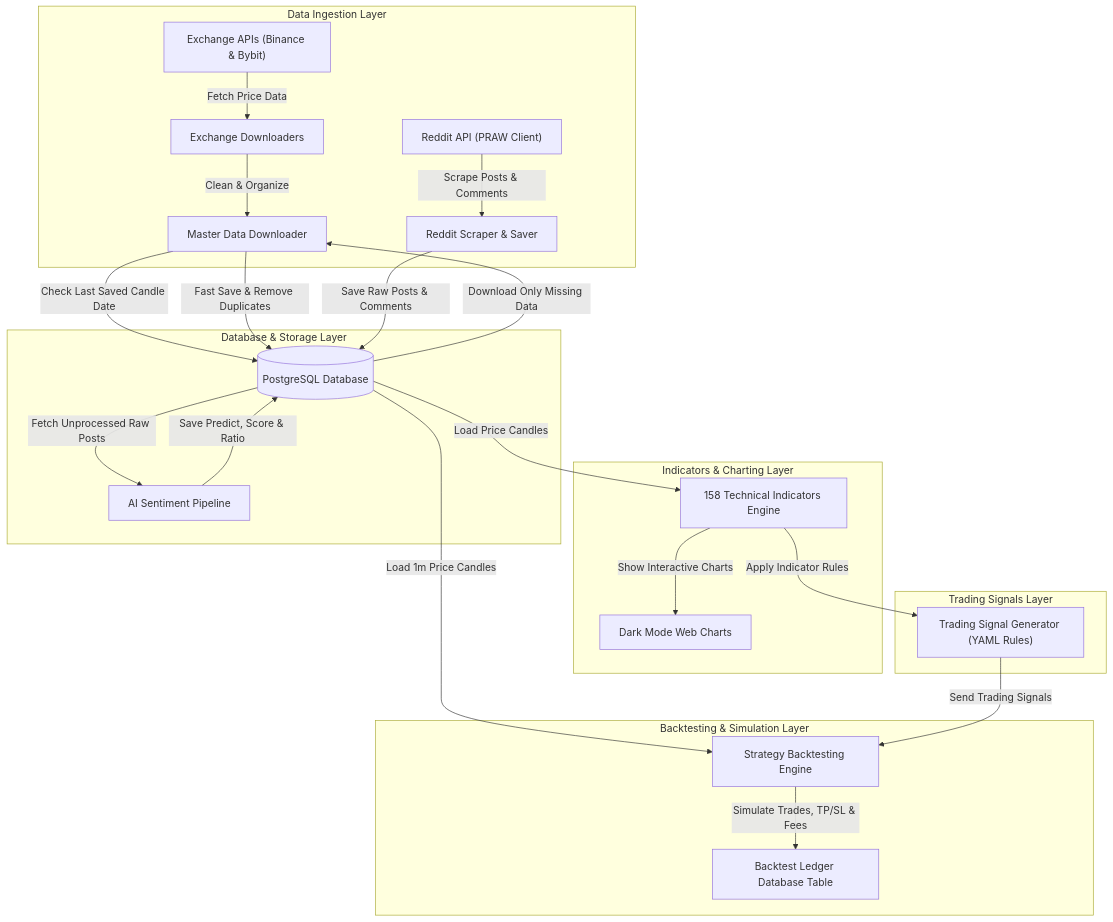
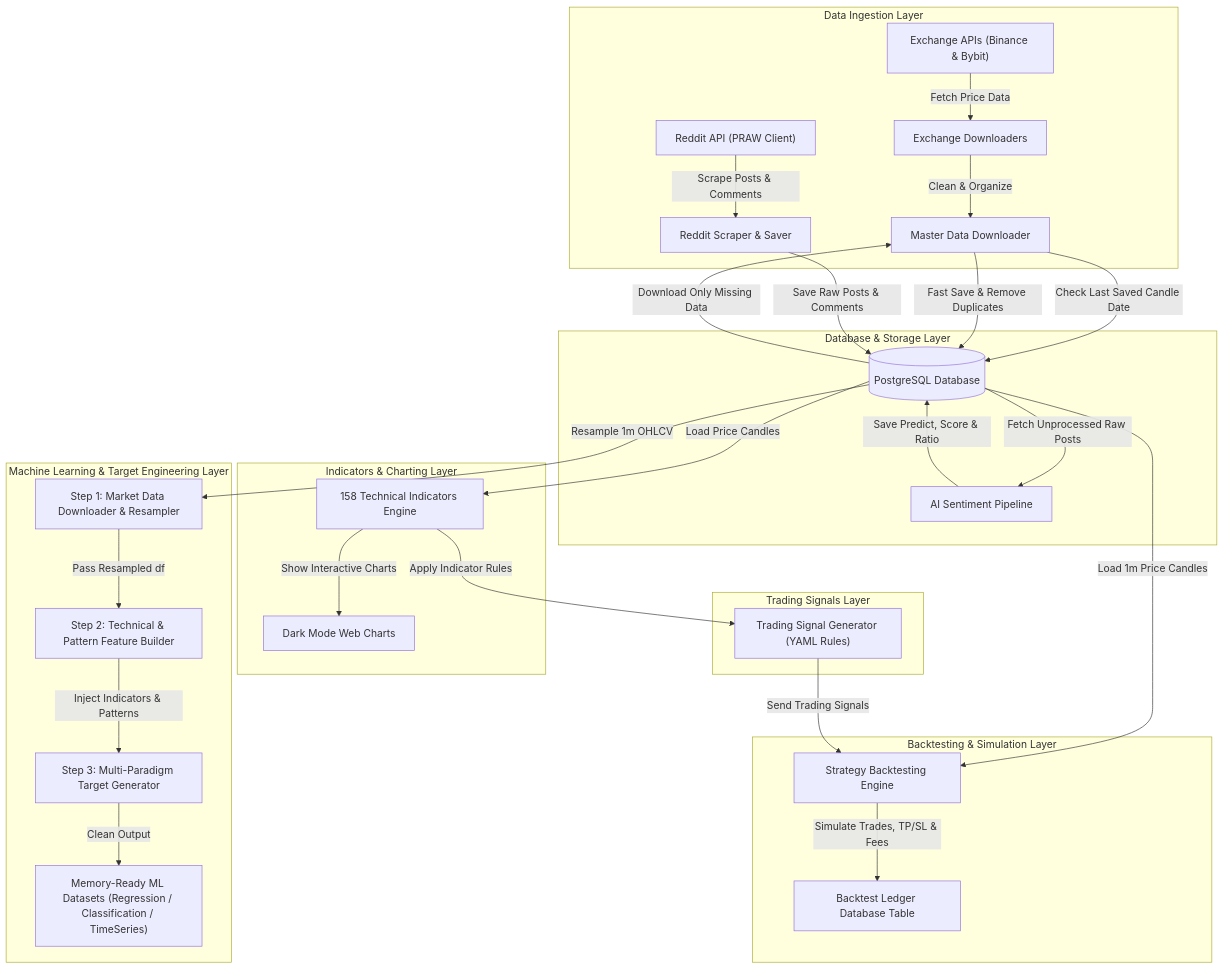
The diagram in README.md (21Afnan/cryptosight), drawn with Mermaid before and after one commit. The commit also changed other lines of this file, not shown here.

````diff
--- a/README.md
+++ b/README.md
@@ -33,33 +34,40 @@
 ```mermaid
 graph TD
     subgraph Data Ingestion Layer
         API["Exchange APIs (Binance & Bybit)"] -->|Fetch Price Data| Fetcher["Exchange Downloaders"]
         Fetcher -->|Clean & Organize| Facade["Master Data Downloader"]
         Reddit["Reddit API (PRAW Client)"] -->|Scrape Posts & Comments| RedditScraper["Reddit Scraper & Saver"]
     end
 
     subgraph Database & Storage Layer
         Facade -->|Check Last Saved Candle Date| SQL_Check[("PostgreSQL Database")]
         SQL_Check -->|Download Only Missing Data| Facade
         Facade -->|Fast Save & Remove Duplicates| SQL_Check
         
         RedditScraper -->|Save Raw Posts & Comments| SQL_Check
         SQL_Check -->|Fetch Unprocessed Raw Posts| AI_Sentiment["AI Sentiment Pipeline"]
         AI_Sentiment -->|Save Predict, Score & Ratio| SQL_Check
     end
 
     subgraph Indicators & Charting Layer
         SQL_Check -->|Load Price Candles| Engine["158 Technical Indicators Engine"]
         Engine -->|Show Interactive Charts| Dashboard["Dark Mode Web Charts"]
     end
 
     subgraph Trading Signals Layer
         Engine -->|Apply Indicator Rules| Signals["Trading Signal Generator (YAML Rules)"]
     end
 
     subgraph Backtesting & Simulation Layer
         SQL_Check -->|Load 1m Price Candles| Backtester["Strategy Backtesting Engine"]
         Signals -->|Send Trading Signals| Backtester
         Backtester -->|Simulate Trades, TP/SL & Fees| Ledger["Backtest Ledger Database Table"]
     end
+
+    subgraph Machine Learning & Target Engineering Layer
+        SQL_Check -->|Resample 1m OHLCV| ML_Resample["Step 1: Market Data Downloader & Resampler"]
+        ML_Resample -->|Pass Resampled df| ML_Features["Step 2: Technical & Pattern Feature Builder"]
+        ML_Features -->|Inject Indicators & Patterns| ML_Target["Step 3: Multi-Paradigm Target Generator"]
+        ML_Target -->|Clean Output| ML_Dataset["Memory-Ready ML Datasets (Regression / Classification / TimeSeries)"]
+    end
 ```
````
